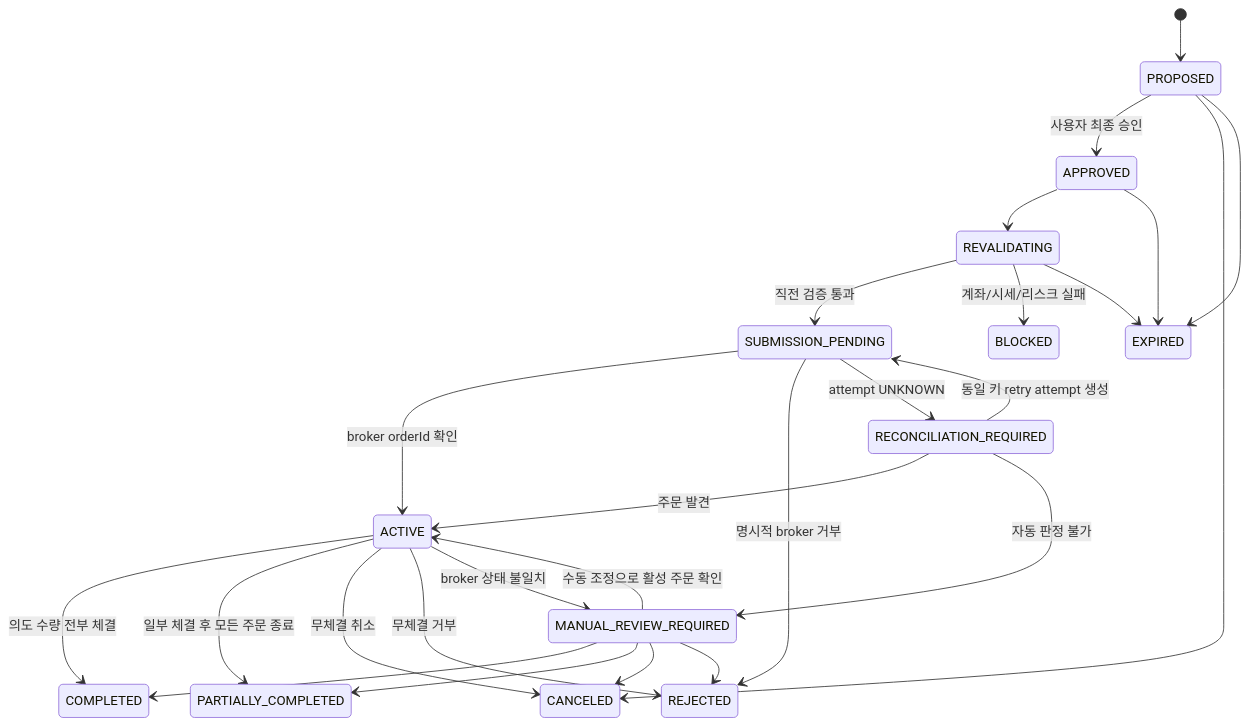
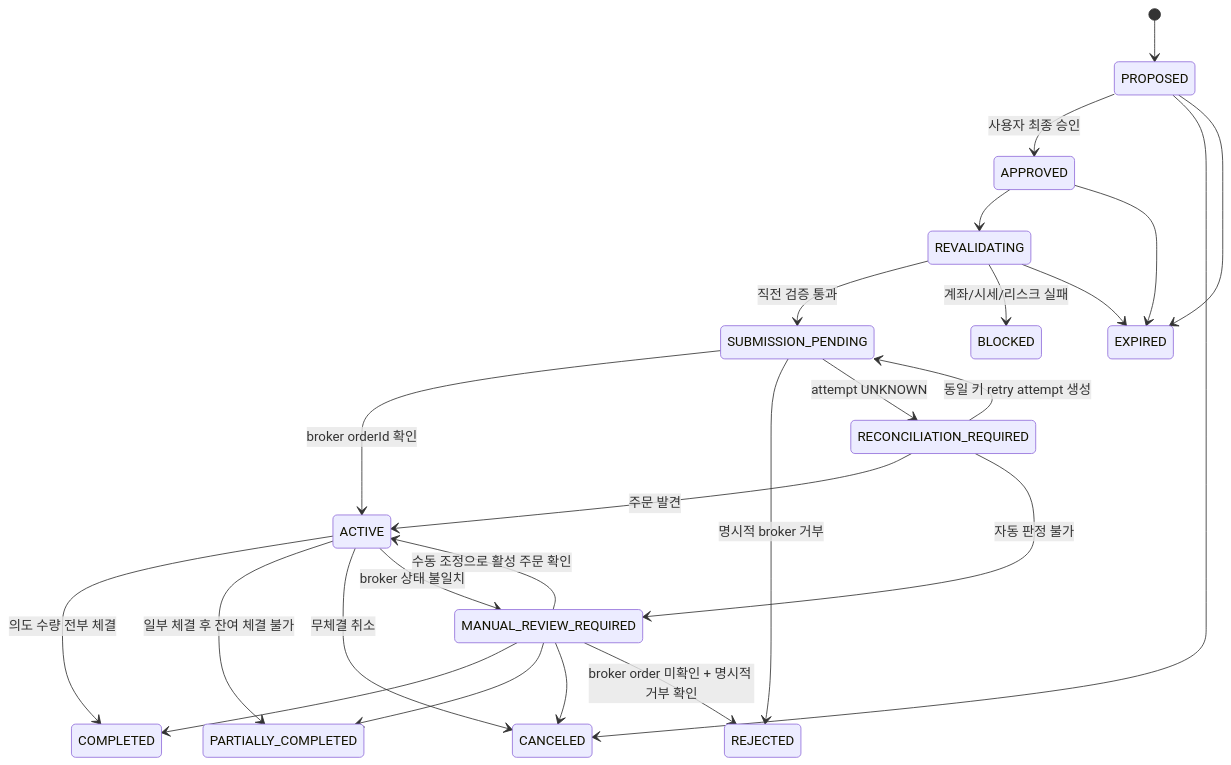
One commit to jmj732/Toss_Trade_System changed the second of 4 diagrams in docs/superpowers/specs/2026-07-26-us-equity-trading-platform-design.md. Above: the diagram before and after it, drawn with Mermaid. The commit also changed other lines of this file, not shown here.

Commit message:
docs: define order intent terminal semantics

````diff
--- a/docs/superpowers/specs/2026-07-26-us-equity-trading-platform-design.md
+++ b/docs/superpowers/specs/2026-07-26-us-equity-trading-platform-design.md
@@ -776,28 +784,27 @@
 ```mermaid
 stateDiagram-v2
     [*] --> PROPOSED
     PROPOSED --> APPROVED: 사용자 최종 승인
     PROPOSED --> CANCELED
     PROPOSED --> EXPIRED
     APPROVED --> REVALIDATING
     APPROVED --> EXPIRED
     REVALIDATING --> SUBMISSION_PENDING: 직전 검증 통과
     REVALIDATING --> BLOCKED: 계좌/시세/리스크 실패
     REVALIDATING --> EXPIRED
     SUBMISSION_PENDING --> ACTIVE: broker orderId 확인
     SUBMISSION_PENDING --> REJECTED: 명시적 broker 거부
     SUBMISSION_PENDING --> RECONCILIATION_REQUIRED: attempt UNKNOWN
     RECONCILIATION_REQUIRED --> ACTIVE: 주문 발견
     RECONCILIATION_REQUIRED --> SUBMISSION_PENDING: 동일 키 retry attempt 생성
     RECONCILIATION_REQUIRED --> MANUAL_REVIEW_REQUIRED: 자동 판정 불가
     ACTIVE --> COMPLETED: 의도 수량 전부 체결
-    ACTIVE --> PARTIALLY_COMPLETED: 일부 체결 후 모든 주문 종료
+    ACTIVE --> PARTIALLY_COMPLETED: 일부 체결 후 잔여 체결 불가
     ACTIVE --> CANCELED: 무체결 취소
-    ACTIVE --> REJECTED: 무체결 거부
     ACTIVE --> MANUAL_REVIEW_REQUIRED: broker 상태 불일치
     MANUAL_REVIEW_REQUIRED --> ACTIVE: 수동 조정으로 활성 주문 확인
     MANUAL_REVIEW_REQUIRED --> COMPLETED
     MANUAL_REVIEW_REQUIRED --> PARTIALLY_COMPLETED
     MANUAL_REVIEW_REQUIRED --> CANCELED
-    MANUAL_REVIEW_REQUIRED --> REJECTED
+    MANUAL_REVIEW_REQUIRED --> REJECTED: broker order 미확인 + 명시적 거부 확인
 ```
````
